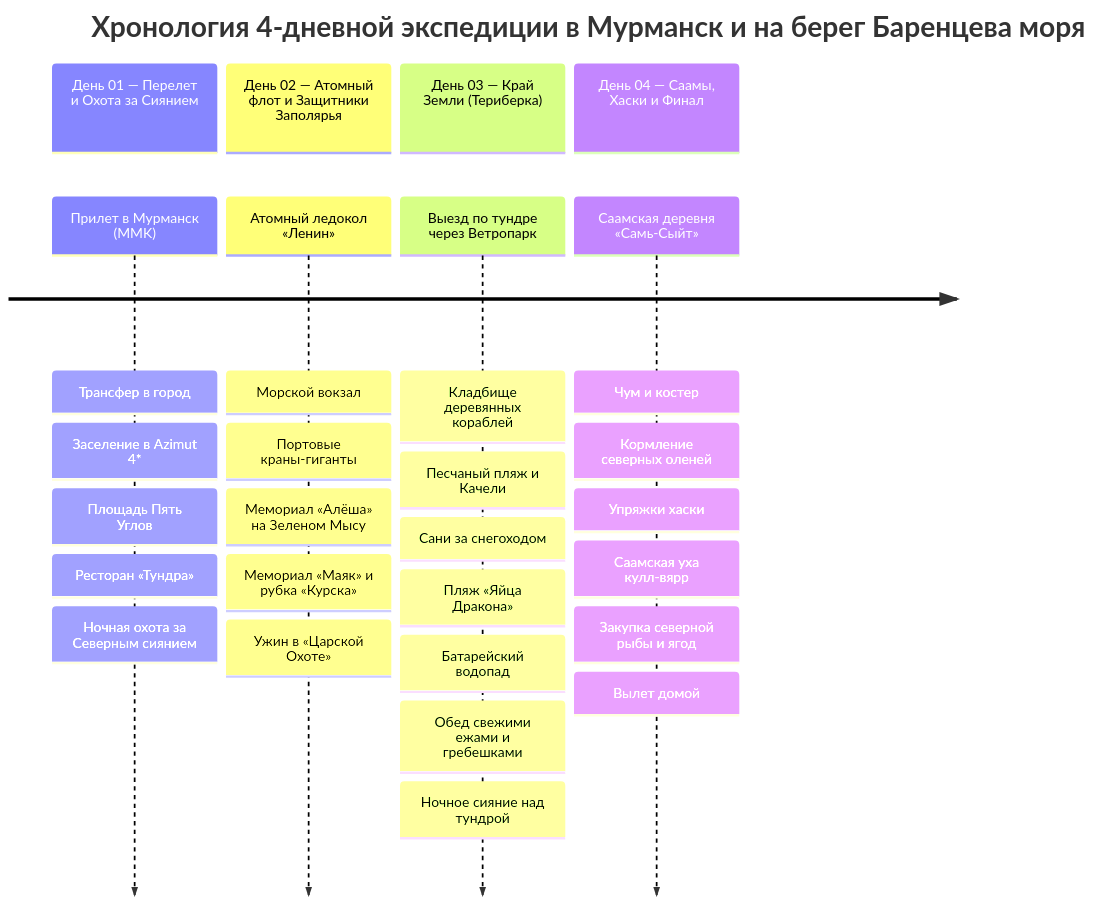
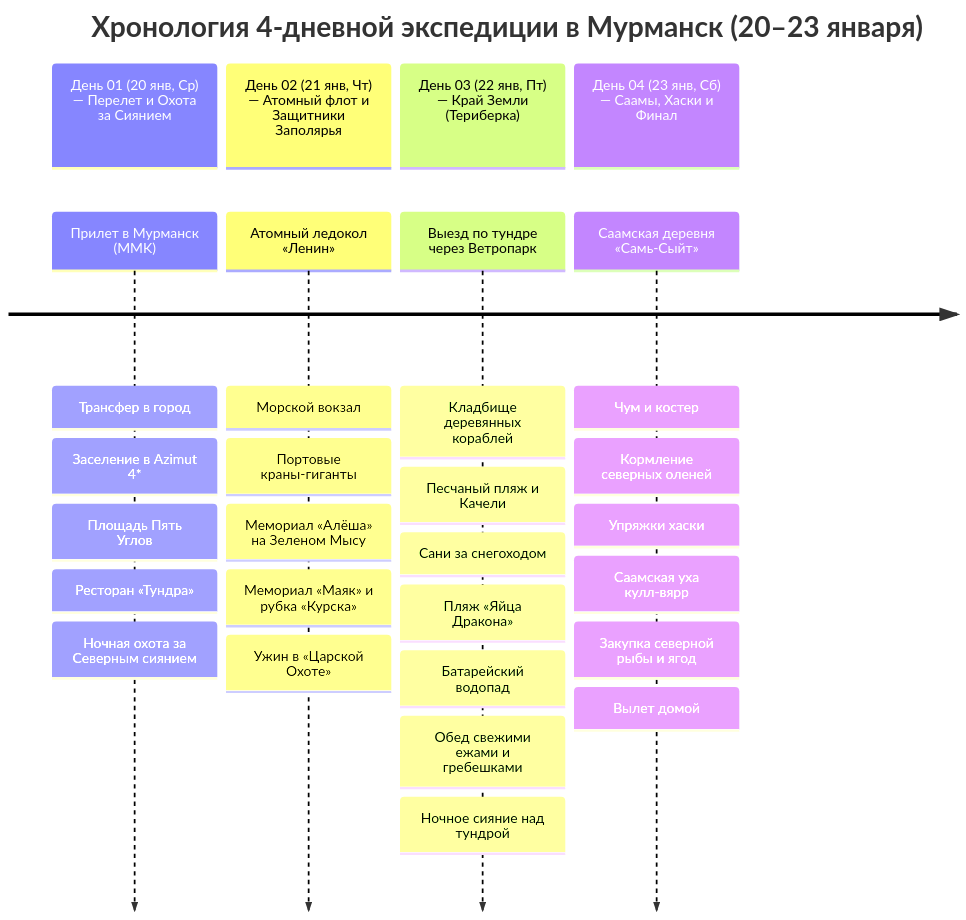
One commit to injurka/obsidian-mark changed the diagram in Personal Note/Travel/-- Murmansk/Murmansk.md. Above: the diagram before and after it, drawn with Mermaid. The commit also changed other lines of this file and 80 other files, not shown here.

````diff
--- a/Personal Note/Travel/-- Murmansk/Murmansk.md
+++ b/Personal Note/Travel/-- Murmansk/Murmansk.md
@@ -9,12 +9,12 @@
 ```mermaid
 timeline
-    title Хронология 4-дневной экспедиции в Мурманск и на берег Баренцева моря
-    section День 01 — Перелет и Охота за Сиянием
+    title Хронология 4-дневной экспедиции в Мурманск (20–23 января)
+    section День 01 (20 янв, Ср) — Перелет и Охота за Сиянием
         Прилет в Мурманск (MMK) : Трансфер в город : Заселение в Azimut 4* : Площадь Пять Углов : Ресторан «Тундра» : Ночная охота за Северным сиянием
-    section День 02 — Атомный флот и Защитники Заполярья
+    section День 02 (21 янв, Чт) — Атомный флот и Защитники Заполярья
         Атомный ледокол «Ленин» : Морской вокзал : Портовые краны-гиганты : Мемориал «Алёша» на Зеленом Мысу : Мемориал «Маяк» и рубка «Курска» : Ужин в «Царской Охоте»
-    section День 03 — Край Земли (Териберка)
+    section День 03 (22 янв, Пт) — Край Земли (Териберка)
         Выезд по тундре через Ветропарк : Кладбище деревянных кораблей : Песчаный пляж и Качели : Сани за снегоходом : Пляж «Яйца Дракона» : Батарейский водопад : Обед свежими ежами и гребешками : Ночное сияние над тундрой
-    section День 04 — Саамы, Хаски и Финал
+    section День 04 (23 янв, Сб) — Саамы, Хаски и Финал
         Саамская деревня «Самь-Сыйт» : Чум и костер : Кормление северных оленей : Упряжки хаски : Саамская уха кулл-вярр : Закупка северной рыбы и ягод : Вылет домой
 ```
````
